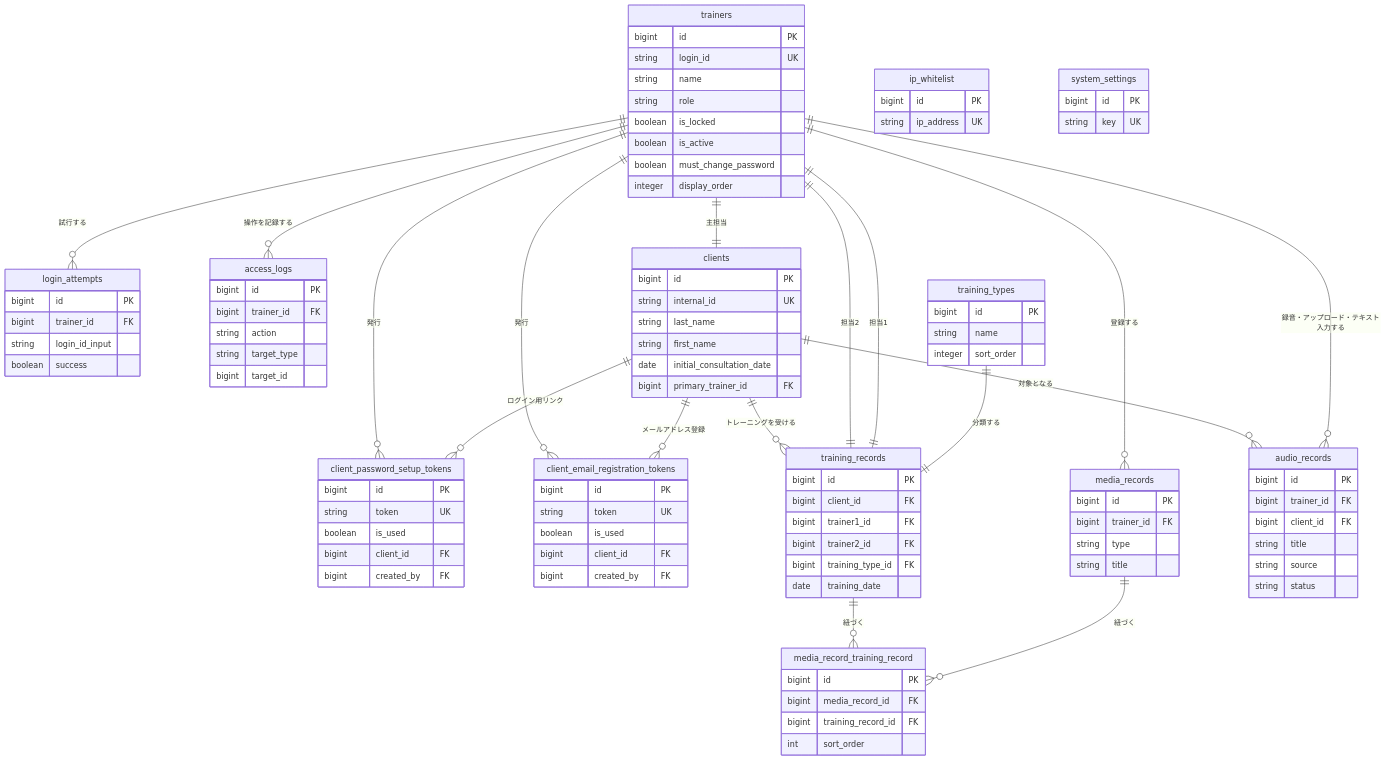
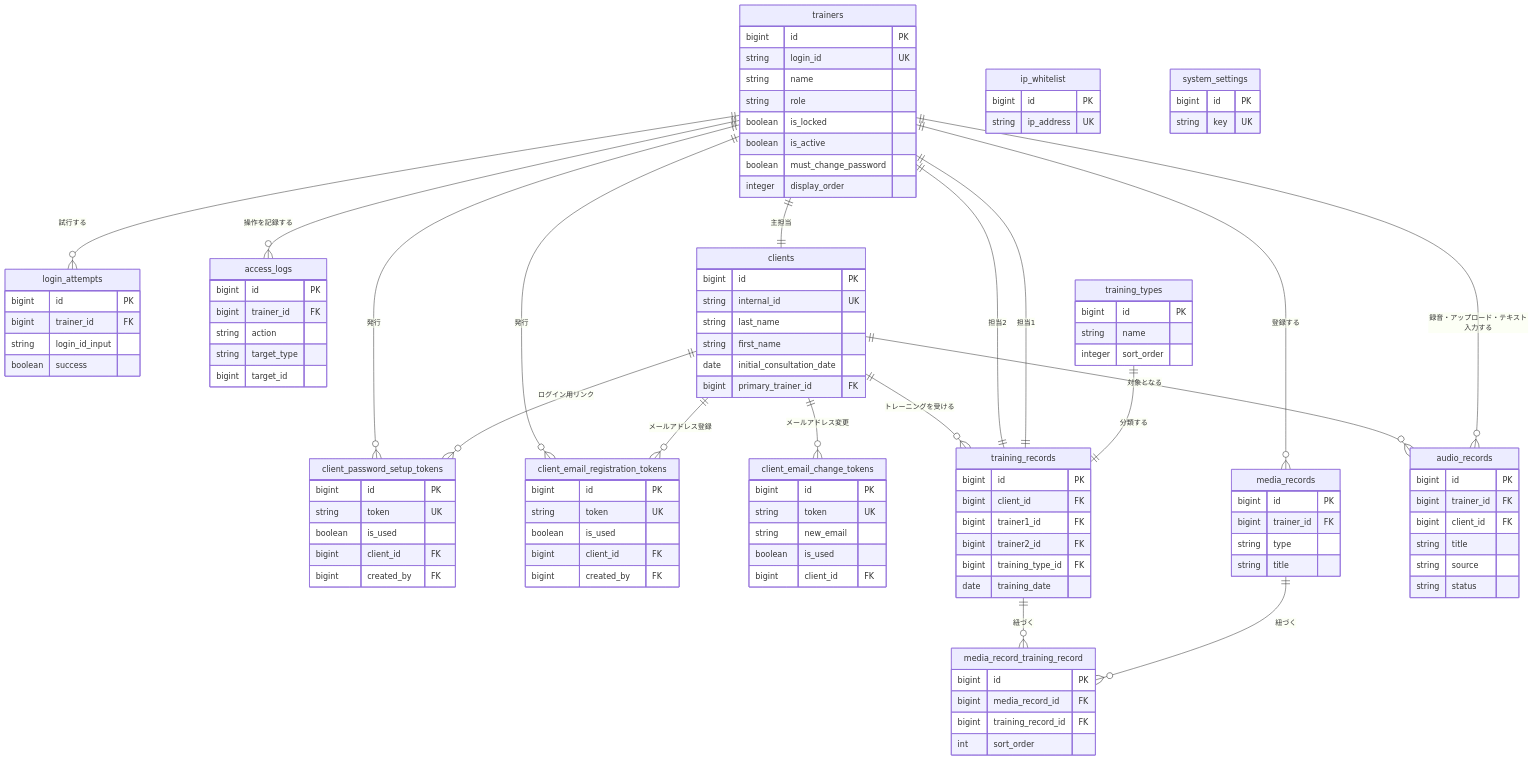
The diagram in docs/db-schema.md (y-ouchi-inmylife/training-record-system), drawn with Mermaid before and after one commit. The commit also changed other lines of this file and 6 other files, not shown here.

````diff
--- a/docs/db-schema.md
+++ b/docs/db-schema.md
@@ -77,6 +77,14 @@
         boolean is_used
         bigint client_id FK
         bigint created_by FK
+    }
+
+    client_email_change_tokens {
+        bigint id PK
+        string token UK
+        string new_email
+        boolean is_used
+        bigint client_id FK
     }
 
     training_records {
@@ -149,4 +157,5 @@
     trainers ||--o{ client_password_setup_tokens : "発行"
     clients ||--o{ client_email_registration_tokens : "メールアドレス登録"
     trainers ||--o{ client_email_registration_tokens : "発行"
+    clients ||--o{ client_email_change_tokens : "メールアドレス変更"
 ```
````
